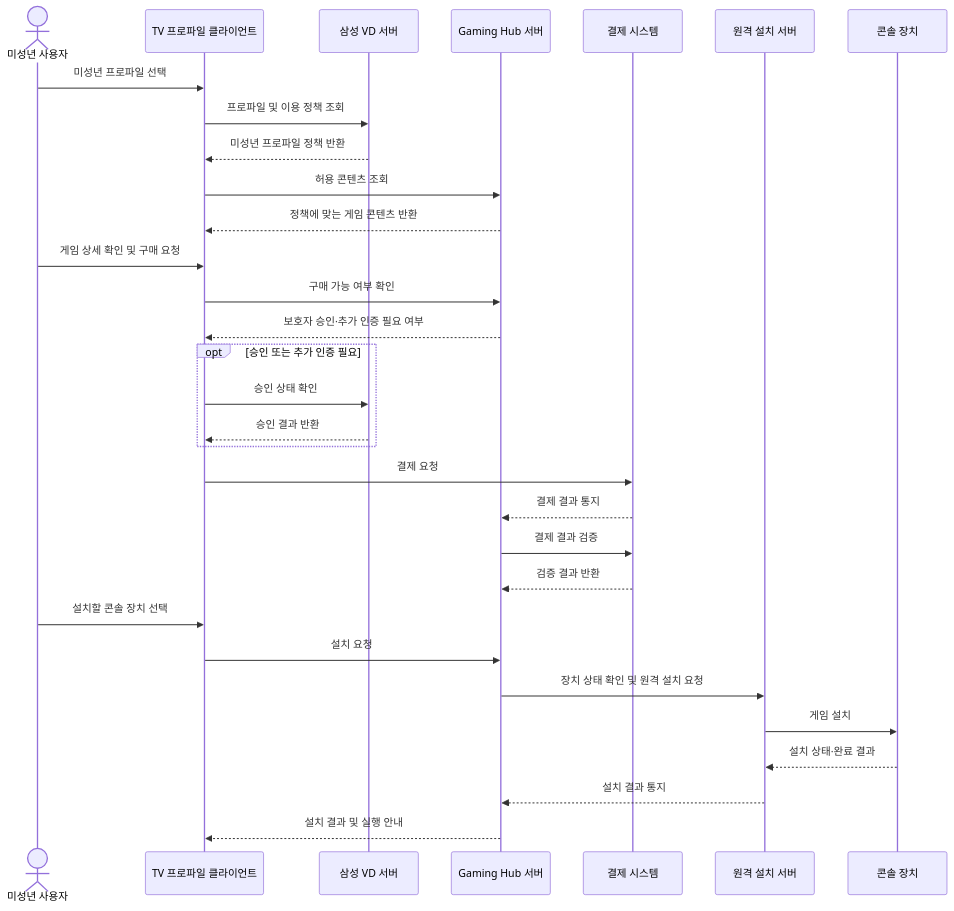
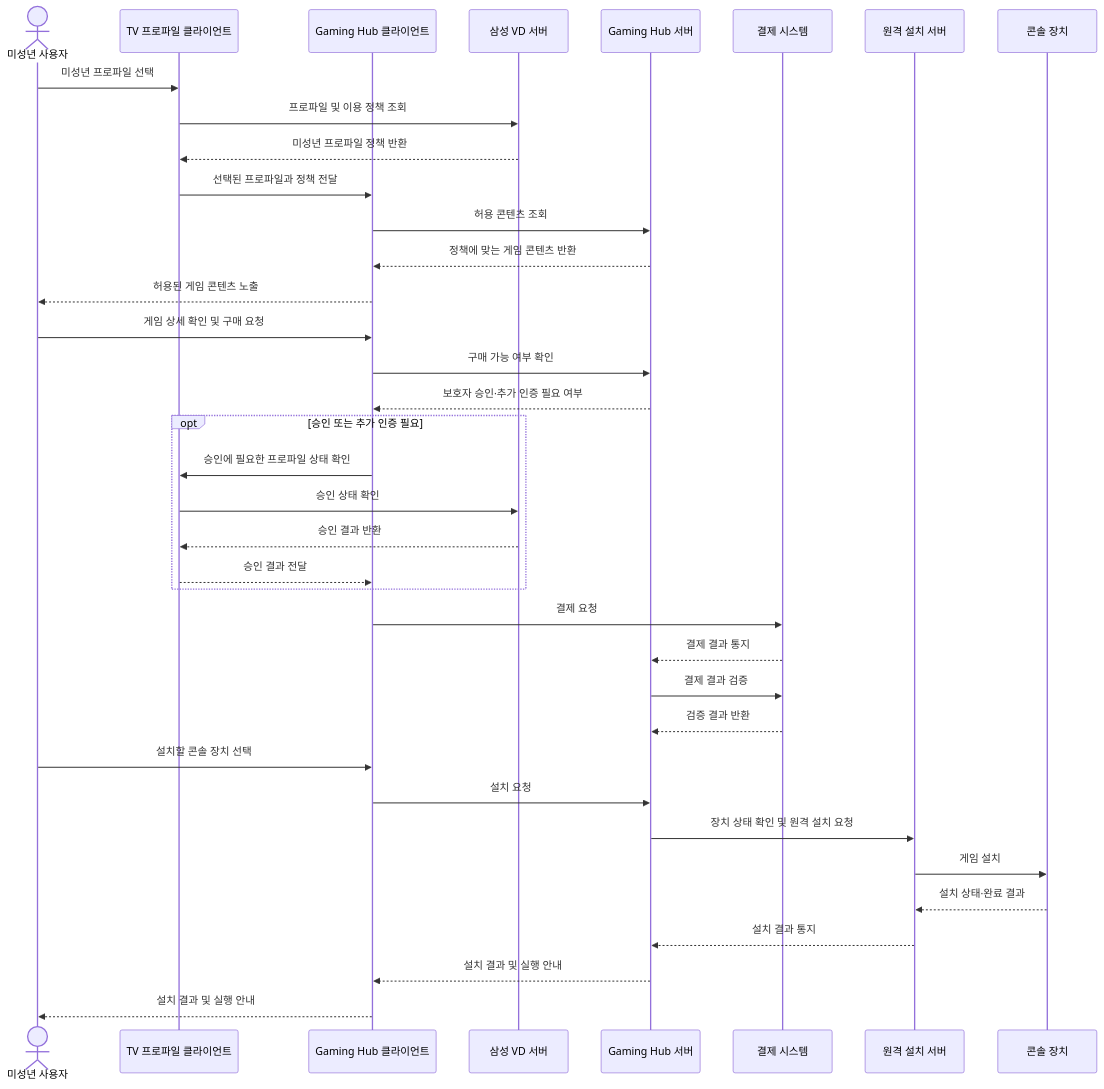
Before and after one commit to seock04/gaming-hub-console-content: the first of 5 diagrams in docs/decision-point-2-architecture.md, drawn with Mermaid. The commit also changed other lines of this file, not shown here.

Commit message:
Separate profile and gaming hub clients

````diff
--- a/docs/decision-point-2-architecture.md
+++ b/docs/decision-point-2-architecture.md
@@ -66,34 +66,40 @@
 ```mermaid
 sequenceDiagram
     actor User as 미성년 사용자
-    participant TV as TV 프로파일 클라이언트
+    participant Profile as TV 프로파일 클라이언트
+    participant HubClient as Gaming Hub 클라이언트
     participant VD as 삼성 VD 서버
     participant Hub as Gaming Hub 서버
     participant Pay as 결제 시스템
     participant Install as 원격 설치 서버
     participant Console as 콘솔 장치
 
-    User->>TV: 미성년 프로파일 선택
-    TV->>VD: 프로파일 및 이용 정책 조회
-    VD-->>TV: 미성년 프로파일 정책 반환
-    TV->>Hub: 허용 콘텐츠 조회
-    Hub-->>TV: 정책에 맞는 게임 콘텐츠 반환
-    User->>TV: 게임 상세 확인 및 구매 요청
-    TV->>Hub: 구매 가능 여부 확인
-    Hub-->>TV: 보호자 승인·추가 인증 필요 여부
+    User->>Profile: 미성년 프로파일 선택
+    Profile->>VD: 프로파일 및 이용 정책 조회
+    VD-->>Profile: 미성년 프로파일 정책 반환
+    Profile->>HubClient: 선택된 프로파일과 정책 전달
+    HubClient->>Hub: 허용 콘텐츠 조회
+    Hub-->>HubClient: 정책에 맞는 게임 콘텐츠 반환
+    HubClient-->>User: 허용된 게임 콘텐츠 노출
+    User->>HubClient: 게임 상세 확인 및 구매 요청
+    HubClient->>Hub: 구매 가능 여부 확인
+    Hub-->>HubClient: 보호자 승인·추가 인증 필요 여부
     opt 승인 또는 추가 인증 필요
-        TV->>VD: 승인 상태 확인
-        VD-->>TV: 승인 결과 반환
+        HubClient->>Profile: 승인에 필요한 프로파일 상태 확인
+        Profile->>VD: 승인 상태 확인
+        VD-->>Profile: 승인 결과 반환
+        Profile-->>HubClient: 승인 결과 전달
     end
-    TV->>Pay: 결제 요청
+    HubClient->>Pay: 결제 요청
     Pay-->>Hub: 결제 결과 통지
     Hub->>Pay: 결제 결과 검증
     Pay-->>Hub: 검증 결과 반환
-    User->>TV: 설치할 콘솔 장치 선택
-    TV->>Hub: 설치 요청
+    User->>HubClient: 설치할 콘솔 장치 선택
+    HubClient->>Hub: 설치 요청
     Hub->>Install: 장치 상태 확인 및 원격 설치 요청
     Install->>Console: 게임 설치
     Console-->>Install: 설치 상태·완료 결과
     Install-->>Hub: 설치 결과 통지
-    Hub-->>TV: 설치 결과 및 실행 안내
+    Hub-->>HubClient: 설치 결과 및 실행 안내
+    HubClient-->>User: 설치 결과 및 실행 안내
 ```
````
